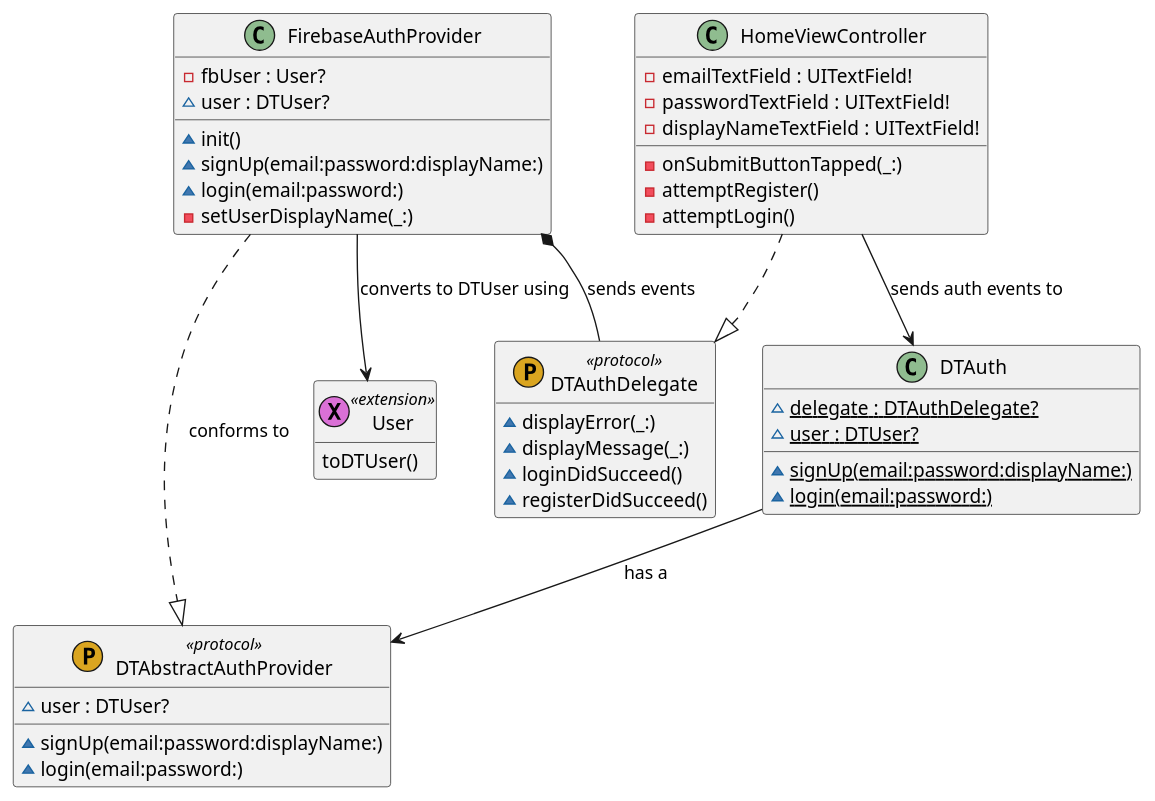
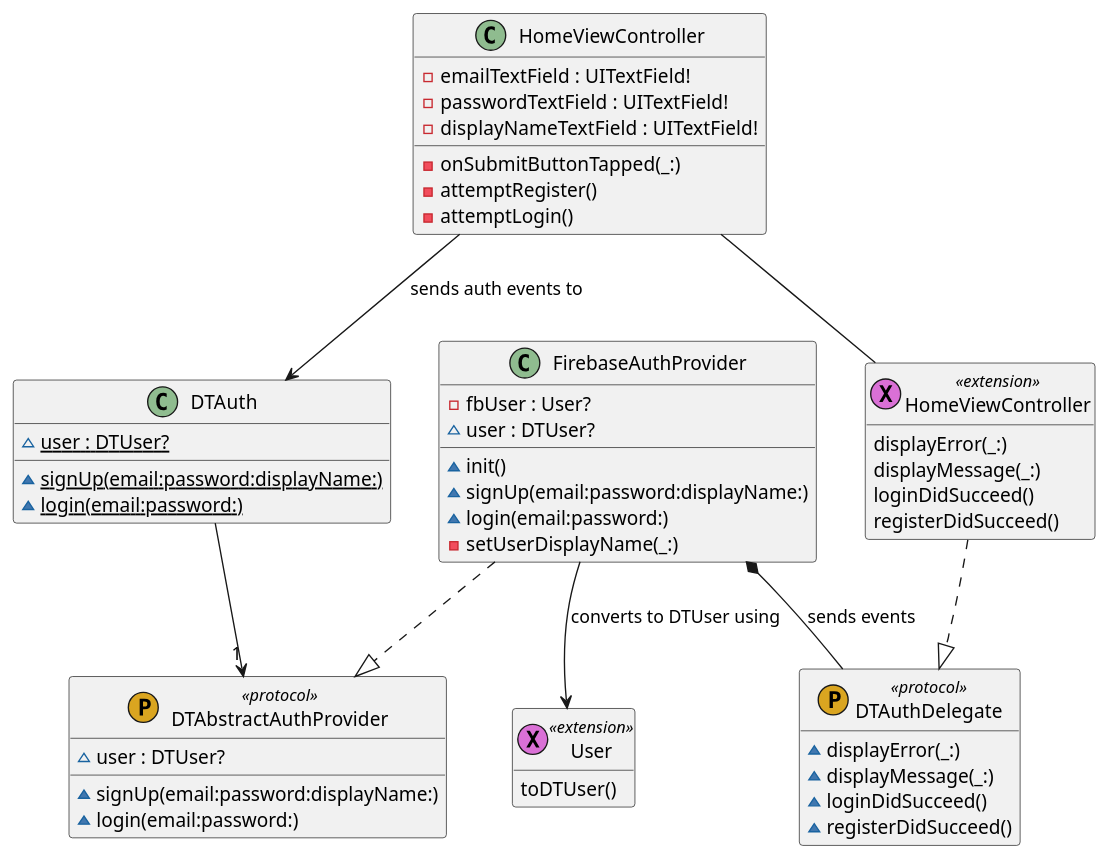
One commit to Doodle2Gather/Doodle2Gather changed the diagram in diagrams/DTAuth.puml. Above: the diagram before and after it, drawn with PlantUML.

Commit message:
diagrams: Make DTAuth show extensions

```diff
--- a/diagrams/DTAuth.puml
+++ b/diagrams/DTAuth.puml
@@ -1,58 +1,63 @@
 @startuml
 ' STYLE START
 hide empty members
 skinparam shadowing false
 ' STYLE END
 
 class "FirebaseAuthProvider" as FirebaseAuthProvider << (C, DarkSeaGreen) >> { 
   ~init()
   -fbUser : User?
   ~user : DTUser?
   ~signUp(email:password:displayName:)
   ~login(email:password:)
   -setUserDisplayName(_:) 
 }
 
 class "User" as User << (X, Orchid) extension >> { 
   toDTUser() 
 }
 
 class "DTAuthDelegate" as DTAuthDelegate << (P, GoldenRod) protocol >> { 
   ~displayError(_:)
   ~displayMessage(_:)
   ~loginDidSucceed()
   ~registerDidSucceed() 
 }
 
 class "DTAbstractAuthProvider" as DTAbstractAuthProvider << (P, GoldenRod) protocol >> { 
   ~user : DTUser?
   ~signUp(email:password:displayName:)
   ~login(email:password:) 
 }
 
 class "DTAuth" as DTAuth << (C, DarkSeaGreen) >> { 
-  ~{static} delegate : DTAuthDelegate?
   ~{static} user : DTUser?
   ~{static} signUp(email:password:displayName:)
   ~{static} login(email:password:) 
 }
 
-
+class "HomeViewController" as HomeViewController0 << (X, Orchid) extension >> { 
+  displayError(_:)
+  displayMessage(_:)
+  loginDidSucceed()
+  registerDidSucceed() 
+}
 
 class "HomeViewController" as HomeViewController << (C, DarkSeaGreen) >> { 
   -emailTextField : UITextField!
   -passwordTextField : UITextField!
   -displayNameTextField : UITextField!
   -onSubmitButtonTapped(_:)
   -attemptRegister()
   -attemptLogin() 
 }
 
-HomeViewController ..|> DTAuthDelegate
+HomeViewController0 ..|> DTAuthDelegate
 HomeViewController --> DTAuth : sends auth events to
 FirebaseAuthProvider *-- DTAuthDelegate : sends events
-FirebaseAuthProvider ..|> DTAbstractAuthProvider : conforms to
+FirebaseAuthProvider ..|> DTAbstractAuthProvider
 FirebaseAuthProvider --> User : converts to DTUser using
-DTAuth --> DTAbstractAuthProvider : has a
+DTAuth --> "1" DTAbstractAuthProvider
+HomeViewController -- HomeViewController0
 
 @enduml
```
